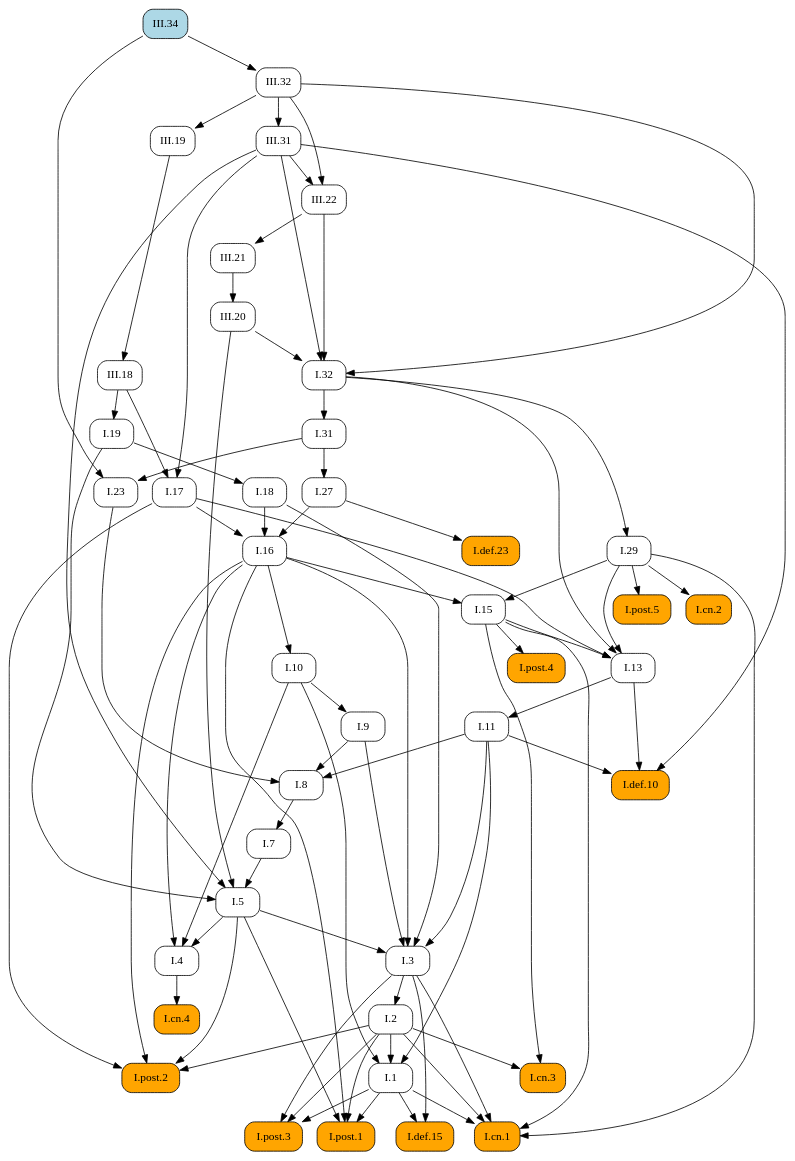
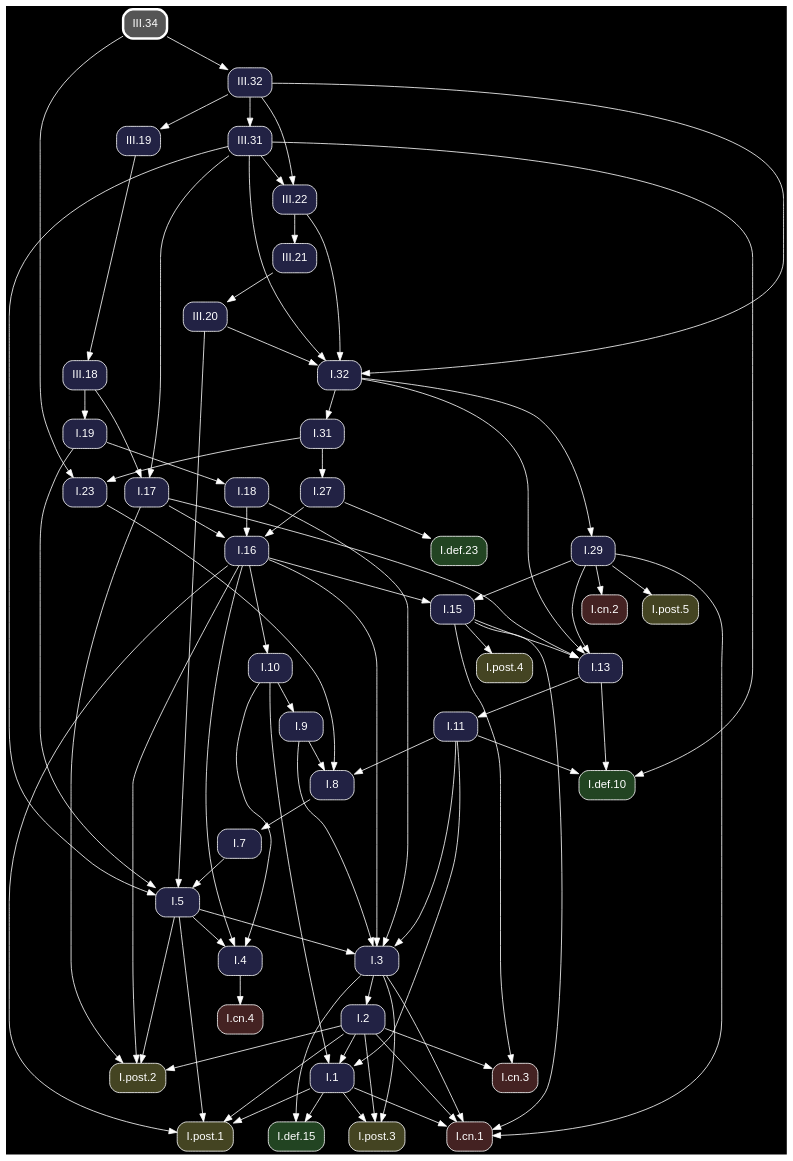
One commit to geometor/elements changed the diagram in docsrc/heath/III/34/index.rst. Above: the diagram before and after it, drawn with Graphviz. The commit also changed other lines of this file and 1200 other files, not shown here.

Commit message:
update dependency graphs

```diff
--- a/docsrc/heath/III/34/index.rst
+++ b/docsrc/heath/III/34/index.rst
@@ -47,76 +47,56 @@
 .. graphviz::
 
    digraph {
+     bgcolor="black";
+     node [shape=box, style="rounded,filled", fontname="Helvetica", color="white", fontcolor="white"];
+     edge [color="white", fontcolor="white"];
      rankdir="TB";
-     node [shape=box, style=rounded];
-     "I.23" [URL="/heath/I/23/", target="_top"];
-     "I.9" [URL="/heath/I/9/", target="_top"];
-     "I.32" [URL="/heath/I/32/", target="_top"];
-     "I.def.15" [style="rounded,filled", fillcolor=orange, URL="/heath/I/def.15/", target="_top"];
-     "I.post.3" [style="rounded,filled", fillcolor=orange, URL="/heath/I/post.3/", target="_top"];
-     "I.post.1" [style="rounded,filled", fillcolor=orange, URL="/heath/I/post.1/", target="_top"];
-     "I.19" [URL="/heath/I/19/", target="_top"];
-     "III.20" [URL="/heath/III/20/", target="_top"];
-     "III.19" [URL="/heath/III/19/", target="_top"];
-     "I.31" [URL="/heath/I/31/", target="_top"];
-     "III.22" [URL="/heath/III/22/", target="_top"];
-     "I.def.10" [style="rounded,filled", fillcolor=orange, URL="/heath/I/def.10/", target="_top"];
-     "I.18" [URL="/heath/I/18/", target="_top"];
-     "I.27" [URL="/heath/I/27/", target="_top"];
-     "I.3" [URL="/heath/I/3/", target="_top"];
-     "I.cn.1" [style="rounded,filled", fillcolor=orange, URL="/heath/I/cn.1/", target="_top"];
-     "III.18" [URL="/heath/III/18/", target="_top"];
-     "I.7" [URL="/heath/I/7/", target="_top"];
-     "III.32" [URL="/heath/III/32/", target="_top"];
-     "I.2" [URL="/heath/I/2/", target="_top"];
-     "I.13" [URL="/heath/I/13/", target="_top"];
-     "I.post.4" [style="rounded,filled", fillcolor=orange, URL="/heath/I/post.4/", target="_top"];
-     "I.4" [URL="/heath/I/4/", target="_top"];
-     "I.1" [URL="/heath/I/1/", target="_top"];
-     "I.5" [URL="/heath/I/5/", target="_top"];
-     "I.17" [URL="/heath/I/17/", target="_top"];
-     "I.8" [URL="/heath/I/8/", target="_top"];
-     "I.29" [URL="/heath/I/29/", target="_top"];
-     "I.cn.3" [style="rounded,filled", fillcolor=orange, URL="/heath/I/cn.3/", target="_top"];
-     "I.16" [URL="/heath/I/16/", target="_top"];
-     "III.31" [URL="/heath/III/31/", target="_top"];
-     "I.15" [URL="/heath/I/15/", target="_top"];
-     "III.34" [style="rounded,filled", fillcolor=lightblue, URL="/heath/III/34/", target="_top"];
-     "I.10" [URL="/heath/I/10/", target="_top"];
-     "I.11" [URL="/heath/I/11/", target="_top"];
-     "I.def.23" [style="rounded,filled", fillcolor=orange, URL="/heath/I/def.23/", target="_top"];
-     "I.cn.2" [style="rounded,filled", fillcolor=orange, URL="/heath/I/cn.2/", target="_top"];
-     "I.post.5" [style="rounded,filled", fillcolor=orange, URL="/heath/I/post.5/", target="_top"];
-     "III.21" [URL="/heath/III/21/", target="_top"];
-     "I.cn.4" [style="rounded,filled", fillcolor=orange, URL="/heath/I/cn.4/", target="_top"];
-     "I.post.2" [style="rounded,filled", fillcolor=orange, URL="/heath/I/post.2/", target="_top"];
-     "I.31" -> "I.23";
-     "III.34" -> "I.23";
-     "I.10" -> "I.9";
+     "I.31" [fillcolor="#222244", URL="/heath/I/31/", target="_top"];
+     "I.32" [fillcolor="#222244", URL="/heath/I/32/", target="_top"];
+     "I.3" [fillcolor="#222244", URL="/heath/I/3/", target="_top"];
+     "I.cn.1" [fillcolor="#442222", URL="/heath/I/cn.1/", target="_top"];
+     "I.19" [fillcolor="#222244", URL="/heath/I/19/", target="_top"];
+     "I.def.10" [fillcolor="#224422", URL="/heath/I/def.10/", target="_top"];
+     "III.32" [fillcolor="#222244", URL="/heath/III/32/", target="_top"];
+     "I.15" [fillcolor="#222244", URL="/heath/I/15/", target="_top"];
+     "III.18" [fillcolor="#222244", URL="/heath/III/18/", target="_top"];
+     "I.13" [fillcolor="#222244", URL="/heath/I/13/", target="_top"];
+     "I.27" [fillcolor="#222244", URL="/heath/I/27/", target="_top"];
+     "I.2" [fillcolor="#222244", URL="/heath/I/2/", target="_top"];
+     "I.cn.2" [fillcolor="#442222", URL="/heath/I/cn.2/", target="_top"];
+     "I.9" [fillcolor="#222244", URL="/heath/I/9/", target="_top"];
+     "I.1" [fillcolor="#222244", URL="/heath/I/1/", target="_top"];
+     "I.post.5" [fillcolor="#444422", URL="/heath/I/post.5/", target="_top"];
+     "I.post.4" [fillcolor="#444422", URL="/heath/I/post.4/", target="_top"];
+     "I.23" [fillcolor="#222244", URL="/heath/I/23/", target="_top"];
+     "I.8" [fillcolor="#222244", URL="/heath/I/8/", target="_top"];
+     "I.4" [fillcolor="#222244", URL="/heath/I/4/", target="_top"];
+     "I.7" [fillcolor="#222244", URL="/heath/I/7/", target="_top"];
+     "I.5" [fillcolor="#222244", URL="/heath/I/5/", target="_top"];
+     "I.10" [fillcolor="#222244", URL="/heath/I/10/", target="_top"];
+     "III.22" [fillcolor="#222244", URL="/heath/III/22/", target="_top"];
+     "I.post.1" [fillcolor="#444422", URL="/heath/I/post.1/", target="_top"];
+     "I.11" [fillcolor="#222244", URL="/heath/I/11/", target="_top"];
+     "I.16" [fillcolor="#222244", URL="/heath/I/16/", target="_top"];
+     "I.cn.3" [fillcolor="#442222", URL="/heath/I/cn.3/", target="_top"];
+     "III.21" [fillcolor="#222244", URL="/heath/III/21/", target="_top"];
+     "I.29" [fillcolor="#222244", URL="/heath/I/29/", target="_top"];
+     "I.post.2" [fillcolor="#444422", URL="/heath/I/post.2/", target="_top"];
+     "I.cn.4" [fillcolor="#442222", URL="/heath/I/cn.4/", target="_top"];
+     "I.def.23" [fillcolor="#224422", URL="/heath/I/def.23/", target="_top"];
+     "III.34" [penwidth=3, color="white", fillcolor="#555555", URL="/heath/III/34/", target="_top"];
+     "III.19" [fillcolor="#222244", URL="/heath/III/19/", target="_top"];
+     "III.31" [fillcolor="#222244", URL="/heath/III/31/", target="_top"];
+     "I.post.3" [fillcolor="#444422", URL="/heath/I/post.3/", target="_top"];
+     "I.18" [fillcolor="#222244", URL="/heath/I/18/", target="_top"];
+     "III.20" [fillcolor="#222244", URL="/heath/III/20/", target="_top"];
+     "I.def.15" [fillcolor="#224422", URL="/heath/I/def.15/", target="_top"];
+     "I.17" [fillcolor="#222244", URL="/heath/I/17/", target="_top"];
+     "I.32" -> "I.31";
      "III.20" -> "I.32";
      "III.22" -> "I.32";
      "III.31" -> "I.32";
      "III.32" -> "I.32";
-     "I.1" -> "I.def.15";
-     "I.3" -> "I.def.15";
-     "I.1" -> "I.post.3";
-     "I.2" -> "I.post.3";
-     "I.3" -> "I.post.3";
-     "I.1" -> "I.post.1";
-     "I.2" -> "I.post.1";
-     "I.5" -> "I.post.1";
-     "I.16" -> "I.post.1";
-     "III.18" -> "I.19";
-     "III.21" -> "III.20";
-     "III.32" -> "III.19";
-     "I.32" -> "I.31";
-     "III.31" -> "III.22";
-     "III.32" -> "III.22";
-     "I.11" -> "I.def.10";
-     "I.13" -> "I.def.10";
-     "III.31" -> "I.def.10";
-     "I.19" -> "I.18";
-     "I.31" -> "I.27";
      "I.5" -> "I.3";
      "I.9" -> "I.3";
      "I.11" -> "I.3";
@@ -127,48 +107,70 @@
      "I.3" -> "I.cn.1";
      "I.15" -> "I.cn.1";
      "I.29" -> "I.cn.1";
+     "III.18" -> "I.19";
+     "I.11" -> "I.def.10";
+     "I.13" -> "I.def.10";
+     "III.31" -> "I.def.10";
+     "III.34" -> "III.32";
+     "I.16" -> "I.15";
+     "I.29" -> "I.15";
      "III.19" -> "III.18";
-     "I.8" -> "I.7";
-     "III.34" -> "III.32";
-     "I.3" -> "I.2";
      "I.15" -> "I.13";
      "I.17" -> "I.13";
      "I.29" -> "I.13";
      "I.32" -> "I.13";
+     "I.31" -> "I.27";
+     "I.3" -> "I.2";
+     "I.29" -> "I.cn.2";
+     "I.10" -> "I.9";
+     "I.2" -> "I.1";
+     "I.10" -> "I.1";
+     "I.11" -> "I.1";
+     "I.29" -> "I.post.5";
      "I.15" -> "I.post.4";
+     "I.31" -> "I.23";
+     "III.34" -> "I.23";
+     "I.9" -> "I.8";
+     "I.11" -> "I.8";
+     "I.23" -> "I.8";
      "I.5" -> "I.4";
      "I.10" -> "I.4";
      "I.16" -> "I.4";
-     "I.2" -> "I.1";
-     "I.10" -> "I.1";
-     "I.11" -> "I.1";
+     "I.8" -> "I.7";
      "I.7" -> "I.5";
      "I.19" -> "I.5";
      "III.20" -> "I.5";
      "III.31" -> "I.5";
-     "III.18" -> "I.17";
-     "III.31" -> "I.17";
-     "I.9" -> "I.8";
-     "I.11" -> "I.8";
-     "I.23" -> "I.8";
-     "I.32" -> "I.29";
-     "I.2" -> "I.cn.3";
-     "I.15" -> "I.cn.3";
+     "I.16" -> "I.10";
+     "III.31" -> "III.22";
+     "III.32" -> "III.22";
+     "I.1" -> "I.post.1";
+     "I.2" -> "I.post.1";
+     "I.5" -> "I.post.1";
+     "I.16" -> "I.post.1";
+     "I.13" -> "I.11";
      "I.17" -> "I.16";
      "I.18" -> "I.16";
      "I.27" -> "I.16";
-     "III.32" -> "III.31";
-     "I.16" -> "I.15";
-     "I.29" -> "I.15";
-     "I.16" -> "I.10";
-     "I.13" -> "I.11";
-     "I.27" -> "I.def.23";
-     "I.29" -> "I.cn.2";
-     "I.29" -> "I.post.5";
+     "I.2" -> "I.cn.3";
+     "I.15" -> "I.cn.3";
      "III.22" -> "III.21";
-     "I.4" -> "I.cn.4";
+     "I.32" -> "I.29";
      "I.2" -> "I.post.2";
      "I.5" -> "I.post.2";
      "I.16" -> "I.post.2";
      "I.17" -> "I.post.2";
+     "I.4" -> "I.cn.4";
+     "I.27" -> "I.def.23";
+     "III.32" -> "III.19";
+     "III.32" -> "III.31";
+     "I.1" -> "I.post.3";
+     "I.2" -> "I.post.3";
+     "I.3" -> "I.post.3";
+     "I.19" -> "I.18";
+     "III.21" -> "III.20";
+     "I.1" -> "I.def.15";
+     "I.3" -> "I.def.15";
+     "III.18" -> "I.17";
+     "III.31" -> "I.17";
    }
```
